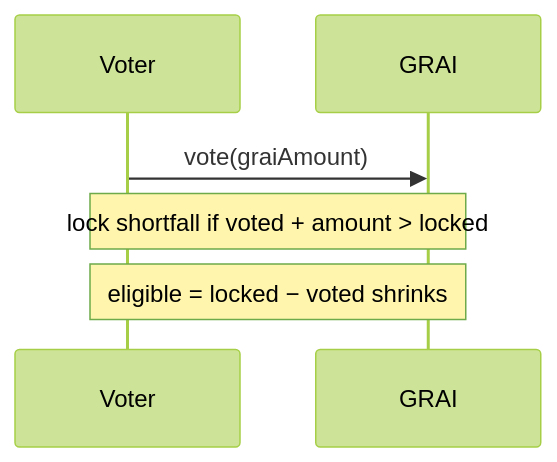
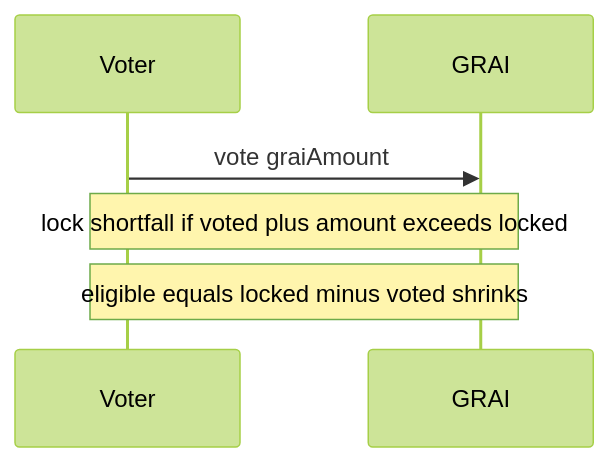
Before and after one commit to grindurus/grindurus-docs: the fourth of 7 diagrams in protocol/grai/mechanics.md, drawn with Mermaid (forest theme). The commit also changed other lines of this file, not shown here.

Commit message:
Refactor mechanics documentation for improved clarity and consistency in notation. Updated sequence diagrams to enhance readability and precision in asset handling, claiming processes, and voting mechanics. Adjusted mathematical expressions for better understanding of GRAI's financial operations.

````diff
--- a/protocol/grai/mechanics.md
+++ b/protocol/grai/mechanics.md
@@ -476,9 +469,9 @@
 ```mermaid
 sequenceDiagram
     participant V as Voter
     participant G as GRAI
 
-    V->>G: vote(graiAmount)
-    Note over V,G: lock shortfall if voted + amount > locked
-    Note over V,G: eligible = locked − voted shrinks
+    V->>G: vote graiAmount
+    Note over V,G: lock shortfall if voted plus amount exceeds locked
+    Note over V,G: eligible equals locked minus voted shrinks
 ```
````
